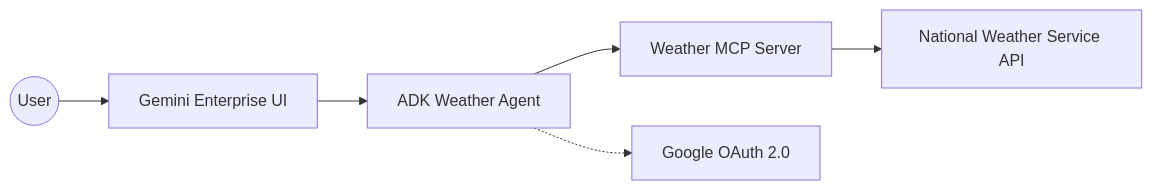
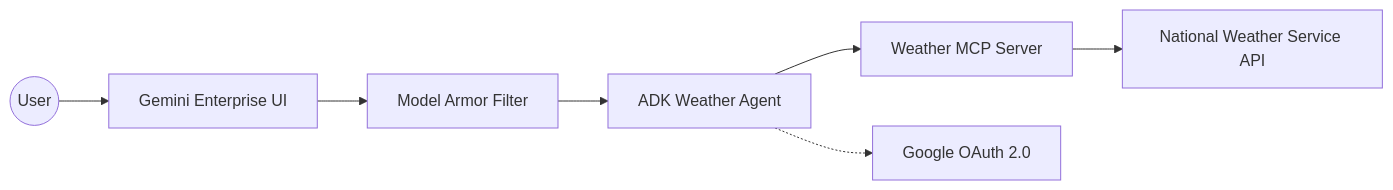
One commit to wadave/agent-solution-ops changed the first of 3 diagrams in design document.md. Above: the diagram before and after it, drawn with Mermaid. The commit also changed other lines of this file, not shown here.

````diff
--- a/design document.md
+++ b/design document.md
@@ -28,8 +28,9 @@
   ```mermaid
   graph LR
       User((User)) --> GE[Gemini Enterprise UI]
-      GE --> Agent[ADK Weather Agent]
+      GE --> MA[Model Armor Filter]
+      MA --> Agent[ADK Weather Agent]
       Agent --> MCP[Weather MCP Server]
       MCP --> NWS[National Weather Service API]
       Agent -.-> OAuth[Google OAuth 2.0]
   ```
````
